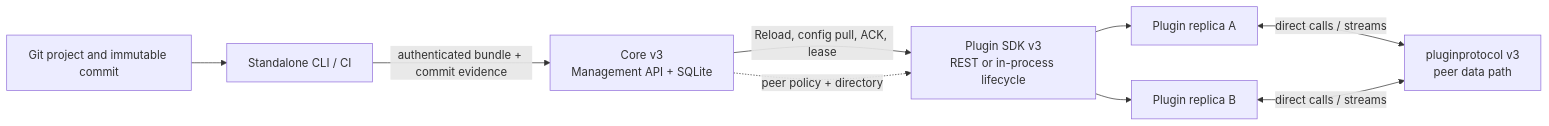
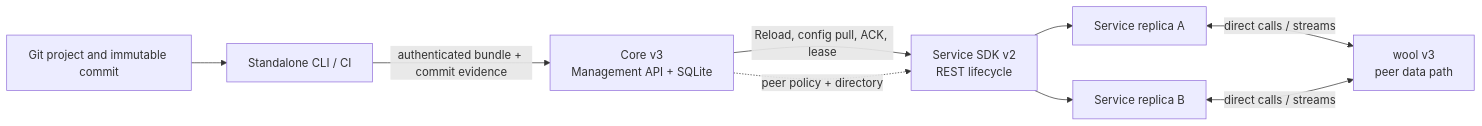
One commit to Liapoldus/core changed the diagram in docs/site/core/architecture/v3.md. Above: the diagram before and after it, drawn with Mermaid. The commit also changed other lines of this file and 439 other files, not shown here.

````diff
--- a/docs/site/core/architecture/v3.md
+++ b/docs/site/core/architecture/v3.md
@@ -35,18 +35,18 @@
 ```mermaid
 flowchart LR
   source[Git project and immutable commit]
   cli[Standalone CLI / CI]
   core[Core v3\nManagement API + SQLite]
-  sdk[Plugin SDK v3\nREST or in-process lifecycle]
-  pluginA[Plugin replica A]
-  pluginB[Plugin replica B]
-  protocol[pluginprotocol v3\npeer data path]
+  sdk[Service SDK v2\nREST lifecycle]
+  serviceA[Service replica A]
+  serviceB[Service replica B]
+  protocol[wool v3\npeer data path]
   source --> cli
   cli -->|authenticated bundle + commit evidence| core
   core -->|Reload, config pull, ACK, lease| sdk
-  sdk --> pluginA
-  sdk --> pluginB
-  pluginA <-->|direct calls / streams| protocol
-  pluginB <-->|direct calls / streams| protocol
+  sdk --> serviceA
+  sdk --> serviceB
+  serviceA <-->|direct calls / streams| protocol
+  serviceB <-->|direct calls / streams| protocol
   core -.->|peer policy + directory| sdk
 ```
````
